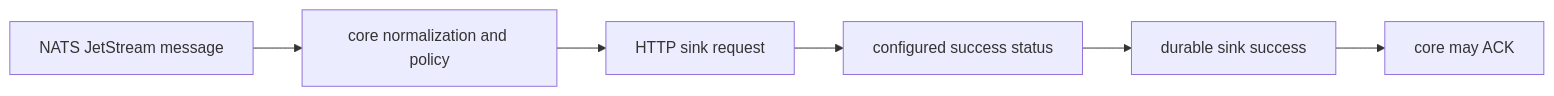
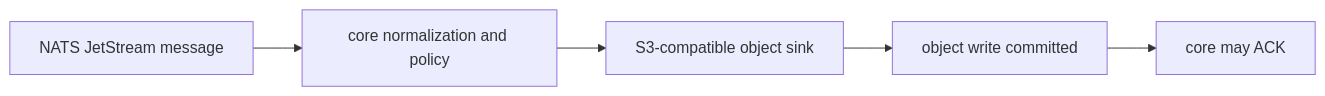
The diagram in docs/test-report.md (ProjectCuillin/nats-sinks), drawn with Mermaid before and after one commit. The commit also changed other lines of this file and 31 other files, not shown here.

Commit message:
Add S3-compatible object sink

````diff
--- a/docs/test-report.md
+++ b/docs/test-report.md
@@ -33,8 +34,7 @@
 ```mermaid
 flowchart LR
     NATS[NATS JetStream message] --> Core[core normalization and policy]
-    Core --> HTTP[HTTP sink request]
-    HTTP --> Status[configured success status]
-    Status --> Commit[durable sink success]
-    Commit --> Ack[core may ACK]
+    Core --> S3[S3-compatible object sink]
+    S3 --> Object[object write committed]
+    Object --> Ack[core may ACK]
 ```
````
